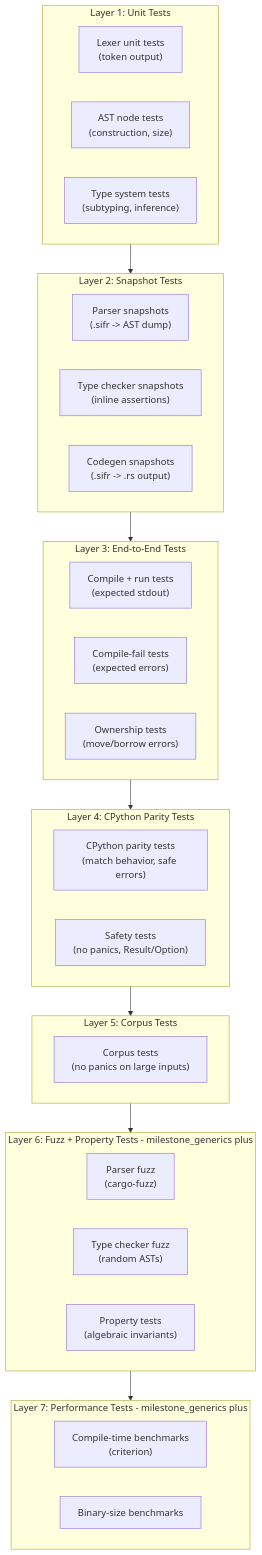
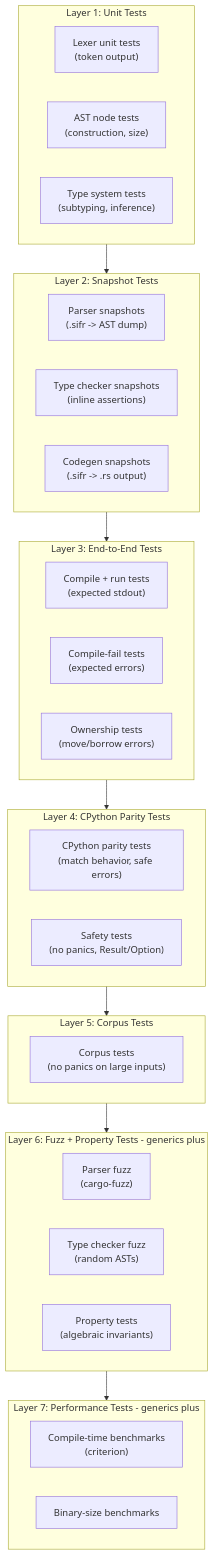
The second of 2 diagrams in internal_docs/architecture.md (sifr-lang/sifr), drawn with Mermaid before and after one commit. The commit also changed other lines of this file and 1245 other files, not shown here.

````diff
--- a/internal_docs/architecture.md
+++ b/internal_docs/architecture.md
@@ -1140,35 +1140,35 @@
 ```mermaid
 flowchart TD
     subgraph layer1 [Layer 1: Unit Tests]
         LexerUnit["Lexer unit tests\n(token output)"]
         ASTUnit["AST node tests\n(construction, size)"]
         TypeUnit["Type system tests\n(subtyping, inference)"]
     end
     subgraph layer2 [Layer 2: Snapshot Tests]
         ParseSnap["Parser snapshots\n(.sifr -> AST dump)"]
         TypeSnap["Type checker snapshots\n(inline assertions)"]
         CodegenSnap["Codegen snapshots\n(.sifr -> .rs output)"]
     end
     subgraph layer3 [Layer 3: End-to-End Tests]
         E2EPass["Compile + run tests\n(expected stdout)"]
         E2EFail["Compile-fail tests\n(expected errors)"]
         E2EOwnership["Ownership tests\n(move/borrow errors)"]
     end
     subgraph layer4 [Layer 4: CPython Parity Tests]
         CPythonParity["CPython parity tests\n(match behavior, safe errors)"]
         SafetyTests["Safety tests\n(no panics, Result/Option)"]
     end
     subgraph layer5 [Layer 5: Corpus Tests]
         Corpus["Corpus tests\n(no panics on large inputs)"]
     end
-    subgraph layer6 [Layer 6: Fuzz + Property Tests - milestone_generics plus]
+    subgraph layer6 [Layer 6: Fuzz + Property Tests - generics plus]
         FuzzParser["Parser fuzz\n(cargo-fuzz)"]
         FuzzChecker["Type checker fuzz\n(random ASTs)"]
         PropTests["Property tests\n(algebraic invariants)"]
     end
-    subgraph layer7 [Layer 7: Performance Tests - milestone_generics plus]
+    subgraph layer7 [Layer 7: Performance Tests - generics plus]
         CompileBench["Compile-time benchmarks\n(criterion)"]
         BinarySizeBench["Binary-size benchmarks"]
     end
     layer1 --> layer2 --> layer3 --> layer4 --> layer5 --> layer6 --> layer7
 ```
````
